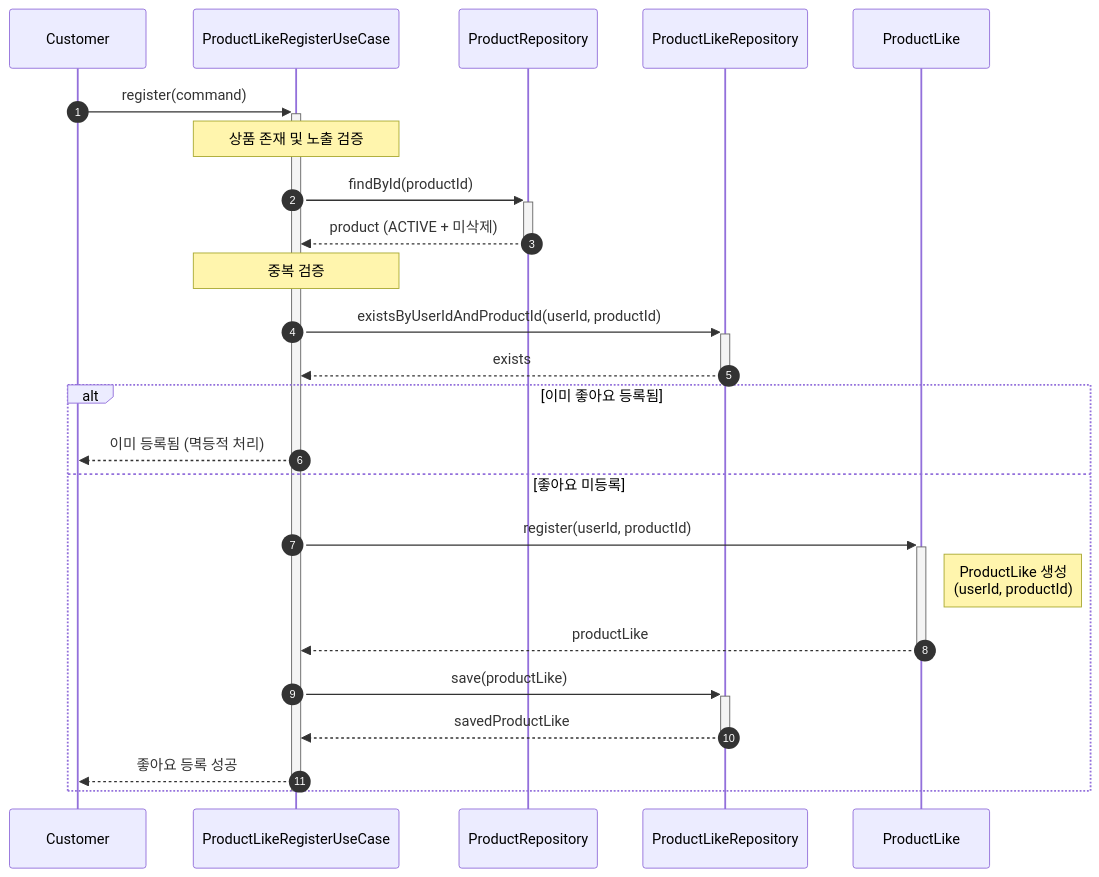
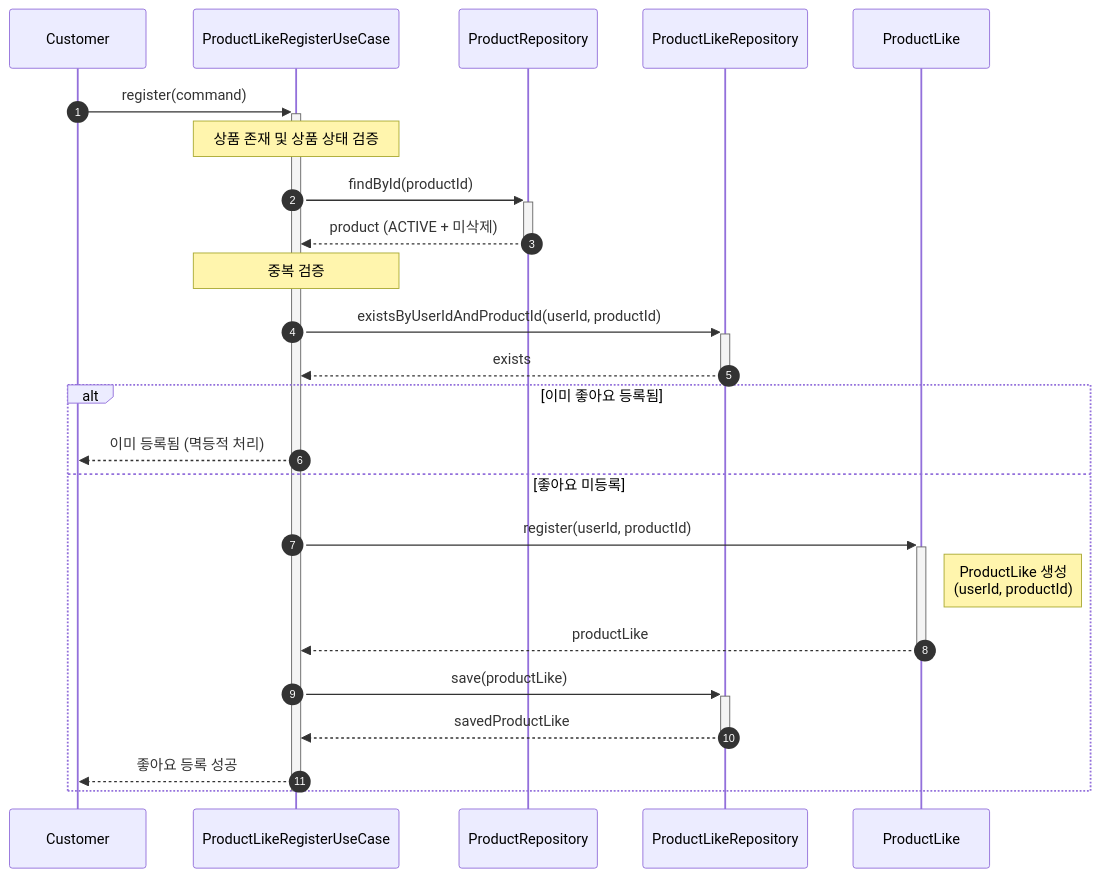
Before and after one commit to Loopers-dev-lab/loop-pack-be-l2-vol3-kotlin: the third of 5 diagrams in docs/design/03-sequence-diagram.md, drawn with Mermaid. The commit also changed other lines of this file and 14 other files, not shown here.

````diff
--- a/docs/design/03-sequence-diagram.md
+++ b/docs/design/03-sequence-diagram.md
@@ -180,30 +180,30 @@
 ```mermaid
 sequenceDiagram
     autonumber
     participant C as Customer
     participant PLS as ProductLikeRegisterUseCase
     participant PR as ProductRepository
     participant PLR as ProductLikeRepository
     participant PL as ProductLike
     C ->>+ PLS: register(command)
-    Note over PLS: 상품 존재 및 노출 검증
+    Note over PLS: 상품 존재 및 상품 상태 검증
     PLS ->>+ PR: findById(productId)
     PR -->>- PLS: product (ACTIVE + 미삭제)
 
     Note over PLS: 중복 검증
     PLS ->>+ PLR: existsByUserIdAndProductId(userId, productId)
     PLR -->>- PLS: exists
 
     alt 이미 좋아요 등록됨
         PLS -->> C: 이미 등록됨 (멱등적 처리)
     else 좋아요 미등록
         PLS ->>+ PL: register(userId, productId)
         Note right of PL: ProductLike 생성<br/>(userId, productId)
         PL -->>- PLS: productLike
         PLS ->>+ PLR: save(productLike)
         PLR -->>- PLS: savedProductLike
         PLS -->> C: 좋아요 등록 성공
     end
 
     deactivate PLS
 ```
````
